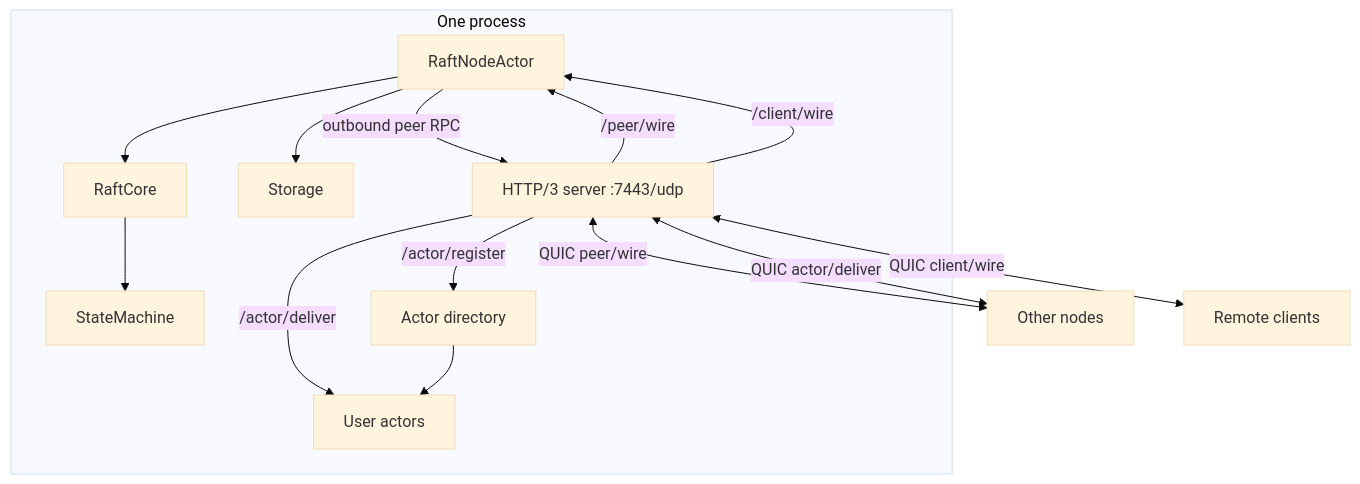
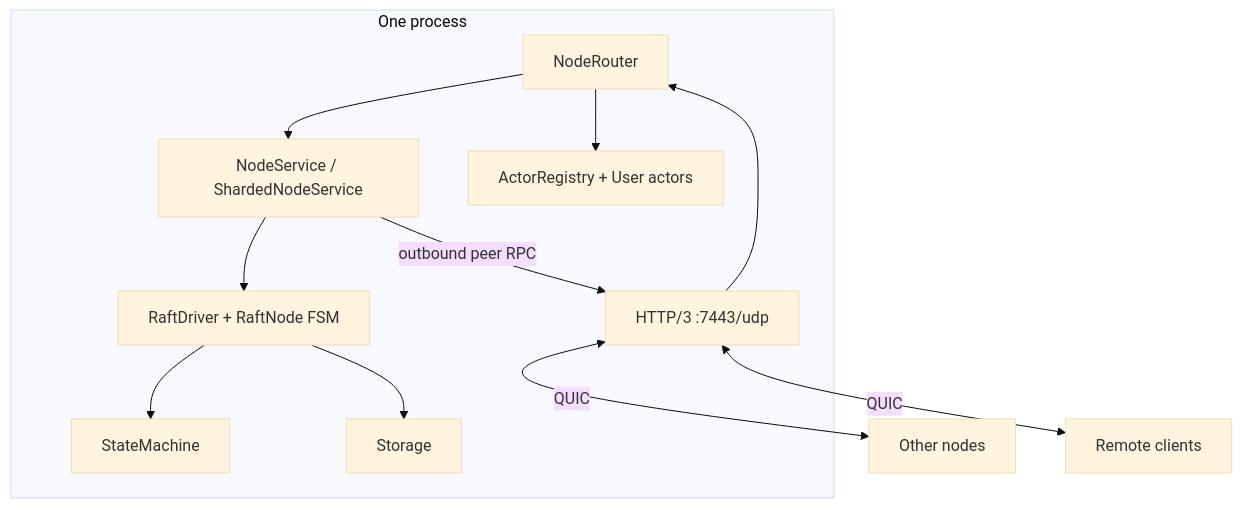
The first of 2 diagrams in docs/architecture.md (lemarco/craft), drawn with Mermaid (base theme) before and after one commit. The commit also changed other lines of this file and 30 other files, not shown here.

````diff
--- a/docs/architecture.md
+++ b/docs/architecture.md
@@ -52,24 +52,23 @@
 ```mermaid
 flowchart TB
     subgraph Node["One process"]
-        RC[RaftCore]
-        RNA[RaftNodeActor]
+        NR[NodeRouter]
+        NS[NodeService / ShardedNodeService]
+        RD[RaftDriver + RaftNode FSM]
         SM[StateMachine]
         ST[Storage]
-        H3[HTTP/3 server :7443/udp]
+        H3[HTTP/3 :7443/udp]
+        AR[ActorRegistry + User actors]
 
-        H3 -->|/peer/wire| RNA
-        H3 -->|/client/wire| RNA
-        H3 -->|/actor/deliver| AR[User actors]
-        H3 -->|/actor/register| DIR[Actor directory]
-        DIR --> AR
-        RNA --> RC
-        RC --> SM
-        RNA --> ST
-        RNA -->|outbound peer RPC| H3
+        H3 --> NR
+        NR --> NS
+        NR --> AR
+        NS --> RD
+        RD --> SM
+        RD --> ST
+        NS -->|outbound peer RPC| H3
     end
 
-    H3 <-->|QUIC peer/wire| Peers[Other nodes]
-    H3 <-->|QUIC client/wire| Clients[Remote clients]
-    H3 <-->|QUIC actor/deliver| Peers
+    H3 <-->|QUIC| Peers[Other nodes]
+    H3 <-->|QUIC| Clients[Remote clients]
 ```
````
